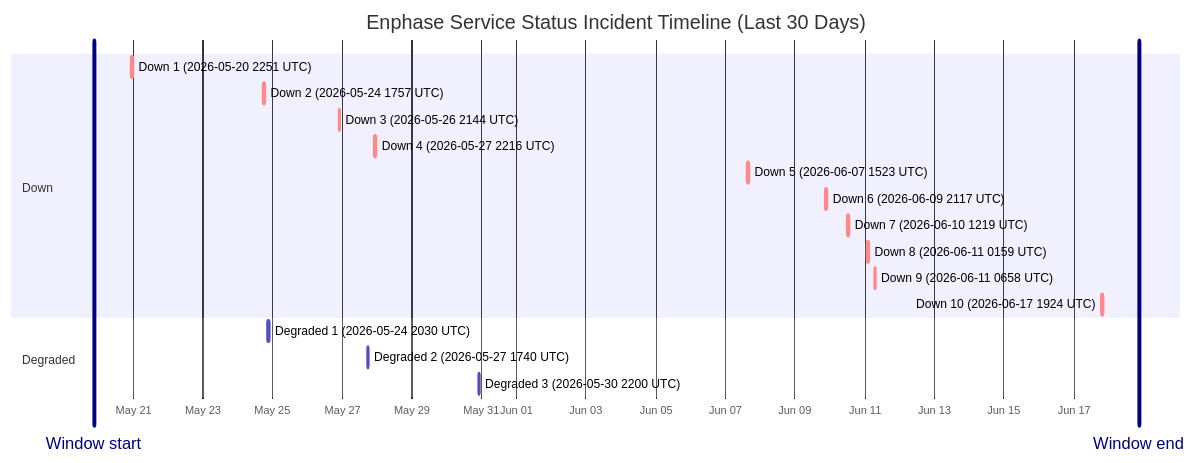
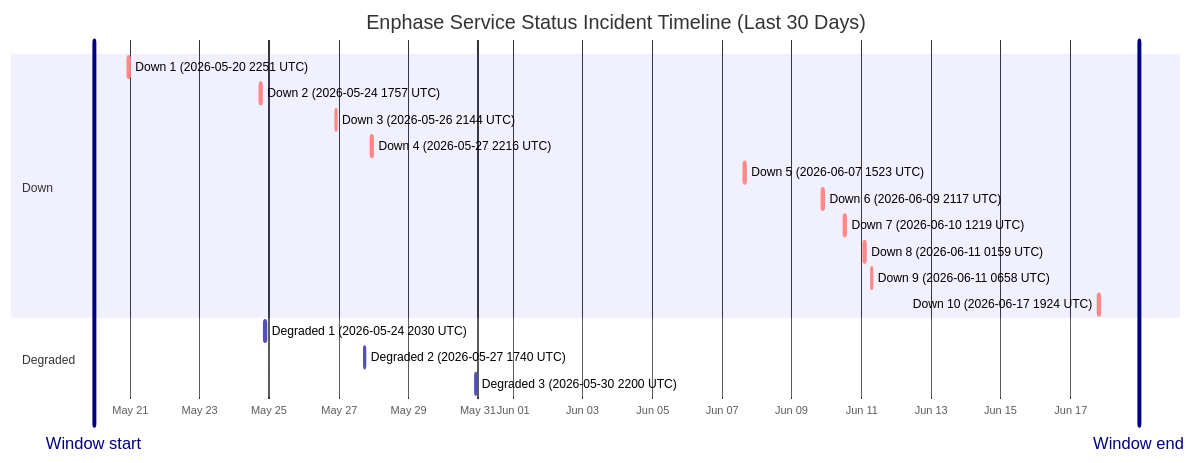
Before and after one commit to barneyonline/ha-enphase-energy: the diagram in wiki/Service-Status-History.md, drawn with Mermaid. The commit also changed other lines of this file and 3 other files, not shown here.

````diff
--- a/wiki/Service-Status-History.md
+++ b/wiki/Service-Status-History.md
@@ -14,23 +14,23 @@
 ```mermaid
 gantt
     title Enphase Service Status Incident Timeline (Last 30 Days)
     dateFormat  YYYY-MM-DDTHH:mm:ss
     axisFormat  %b %d
-    Window start :vert, window-start, 2026-05-19T21:01:37, 0ms
-    Window end :vert, window-end, 2026-06-18T21:01:37, 0ms
+    Window start :vert, window-start, 2026-05-19T23:17:33, 0ms
+    Window end :vert, window-end, 2026-06-18T23:17:33, 0ms
     section Down
     Down 1 (2026-05-20 2251 UTC) :crit, down-1, 2026-05-20T22:51:14, 75m
     Down 2 (2026-05-24 1757 UTC) :crit, down-2, 2026-05-24T17:57:41, 86m
     Down 3 (2026-05-26 2144 UTC) :crit, down-3, 2026-05-26T21:44:11, 85m
     Down 4 (2026-05-27 2216 UTC) :crit, down-4, 2026-05-27T22:16:53, 87m
     Down 5 (2026-06-07 1523 UTC) :crit, down-5, 2026-06-07T15:23:22, 87m
     Down 6 (2026-06-09 2117 UTC) :crit, down-6, 2026-06-09T21:17:17, 60m
     Down 7 (2026-06-10 1219 UTC) :crit, down-7, 2026-06-10T12:19:21, 60m
     Down 8 (2026-06-11 0159 UTC) :crit, down-8, 2026-06-11T01:59:36, 60m
     Down 9 (2026-06-11 0658 UTC) :crit, down-9, 2026-06-11T06:58:45, 60m
     Down 10 (2026-06-17 1924 UTC) :crit, down-10, 2026-06-17T19:24:51, 60m
     section Degraded
     Degraded 1 (2026-05-24 2030 UTC) :active, degraded-1, 2026-05-24T20:30:57, 84m
     Degraded 2 (2026-05-27 1740 UTC) :active, degraded-2, 2026-05-27T17:40:52, 60m
     Degraded 3 (2026-05-30 2200 UTC) :active, degraded-3, 2026-05-30T22:00:37, 60m
 ```
````
